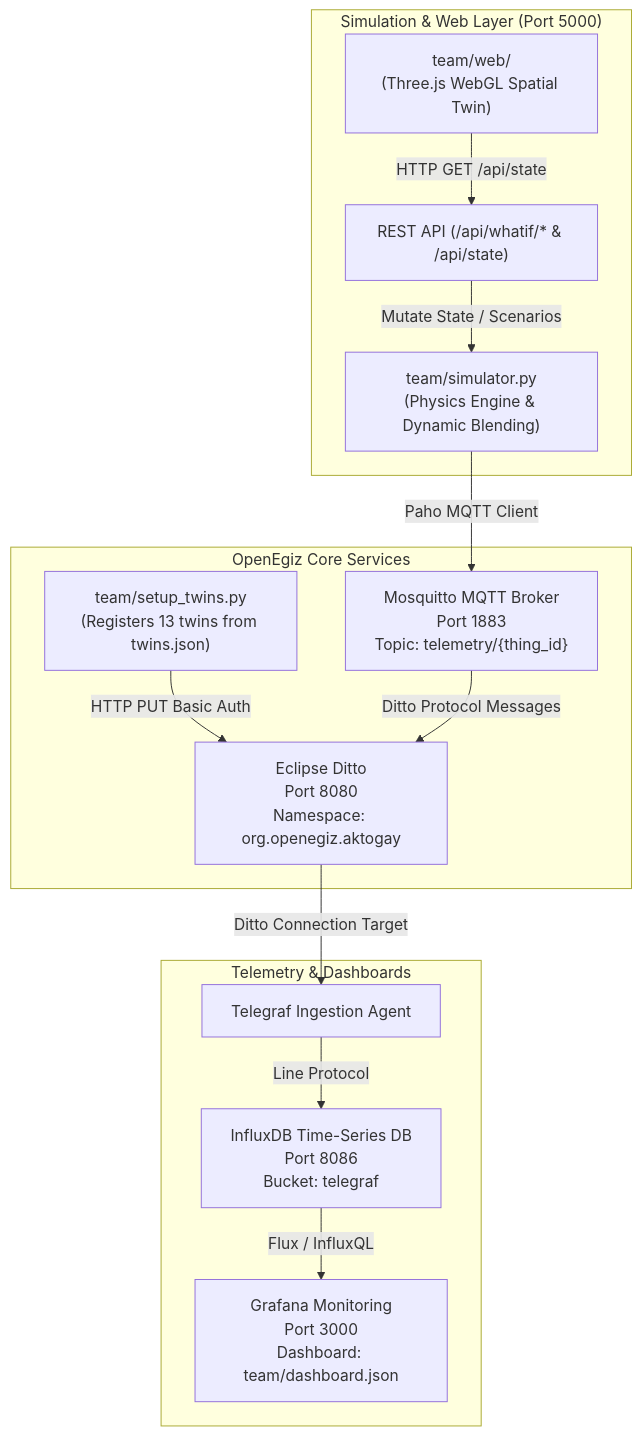
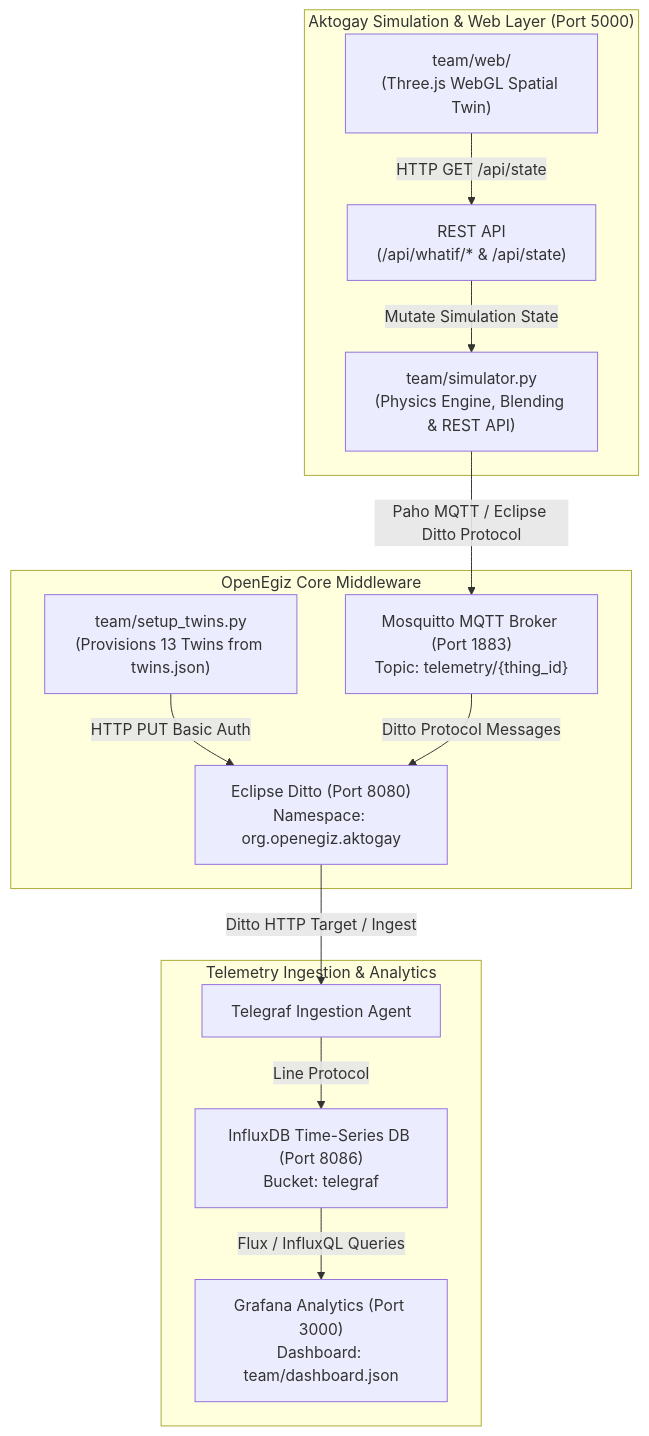
The diagram in AGENT_DOSSIER.md (openegiz-contest/team-077), drawn with Mermaid before and after one commit. The commit also changed other lines of this file, not shown here.

Commit message:
docs: enrich AGENT_DOSSIER.md with zero-shot AI directive, complete twin schemas, exact WSL paths, and mining glossary

````diff
--- a/AGENT_DOSSIER.md
+++ b/AGENT_DOSSIER.md
@@ -91,30 +136,30 @@
 ```mermaid
 flowchart TD
-    subgraph Physics_and_Simulation ["Simulation & Web Layer (Port 5000)"]
-        SIM["team/simulator.py<br/>(Physics Engine & Dynamic Blending)"]
+    subgraph Simulation_and_3D ["Aktogay Simulation & Web Layer (Port 5000)"]
+        SIM["team/simulator.py<br/>(Physics Engine, Blending & REST API)"]
         WEB["team/web/<br/>(Three.js WebGL Spatial Twin)"]
-        API["REST API (/api/whatif/* & /api/state)"]
+        API["REST API<br/>(/api/whatif/* & /api/state)"]
     end
 
-    subgraph Messaging_and_Twins ["OpenEgiz Core Services"]
-        MQTT["Mosquitto MQTT Broker<br/>Port 1883<br/>Topic: telemetry/{thing_id}"]
-        DITTO["Eclipse Ditto<br/>Port 8080<br/>Namespace: org.openegiz.aktogay"]
-        INIT["team/setup_twins.py<br/>(Registers 13 twins from twins.json)"]
+    subgraph Messaging_and_Twins ["OpenEgiz Core Middleware"]
+        INIT["team/setup_twins.py<br/>(Provisions 13 Twins from twins.json)"]
+        DITTO["Eclipse Ditto (Port 8080)<br/>Namespace: org.openegiz.aktogay"]
+        MQTT["Mosquitto MQTT Broker (Port 1883)<br/>Topic: telemetry/{thing_id}"]
     end
 
-    subgraph Storage_and_Monitoring ["Telemetry & Dashboards"]
+    subgraph Storage_and_Dashboards ["Telemetry Ingestion & Analytics"]
         TELEGRAF["Telegraf Ingestion Agent"]
-        INFLUX["InfluxDB Time-Series DB<br/>Port 8086<br/>Bucket: telegraf"]
-        GRAFANA["Grafana Monitoring<br/>Port 3000<br/>Dashboard: team/dashboard.json"]
+        INFLUX["InfluxDB Time-Series DB (Port 8086)<br/>Bucket: telegraf"]
+        GRAFANA["Grafana Analytics (Port 3000)<br/>Dashboard: team/dashboard.json"]
     end
 
     INIT -->|HTTP PUT Basic Auth| DITTO
-    SIM -->|Paho MQTT Client| MQTT
+    SIM -->|Paho MQTT / Eclipse Ditto Protocol| MQTT
     MQTT -->|Ditto Protocol Messages| DITTO
-    DITTO -->|Ditto Connection Target| TELEGRAF
+    DITTO -->|Ditto HTTP Target / Ingest| TELEGRAF
     TELEGRAF -->|Line Protocol| INFLUX
-    INFLUX -->|Flux / InfluxQL| GRAFANA
+    INFLUX -->|Flux / InfluxQL Queries| GRAFANA
 
     WEB -->|HTTP GET /api/state| API
-    API -->|Mutate State / Scenarios| SIM
+    API -->|Mutate Simulation State| SIM
 ```
````
